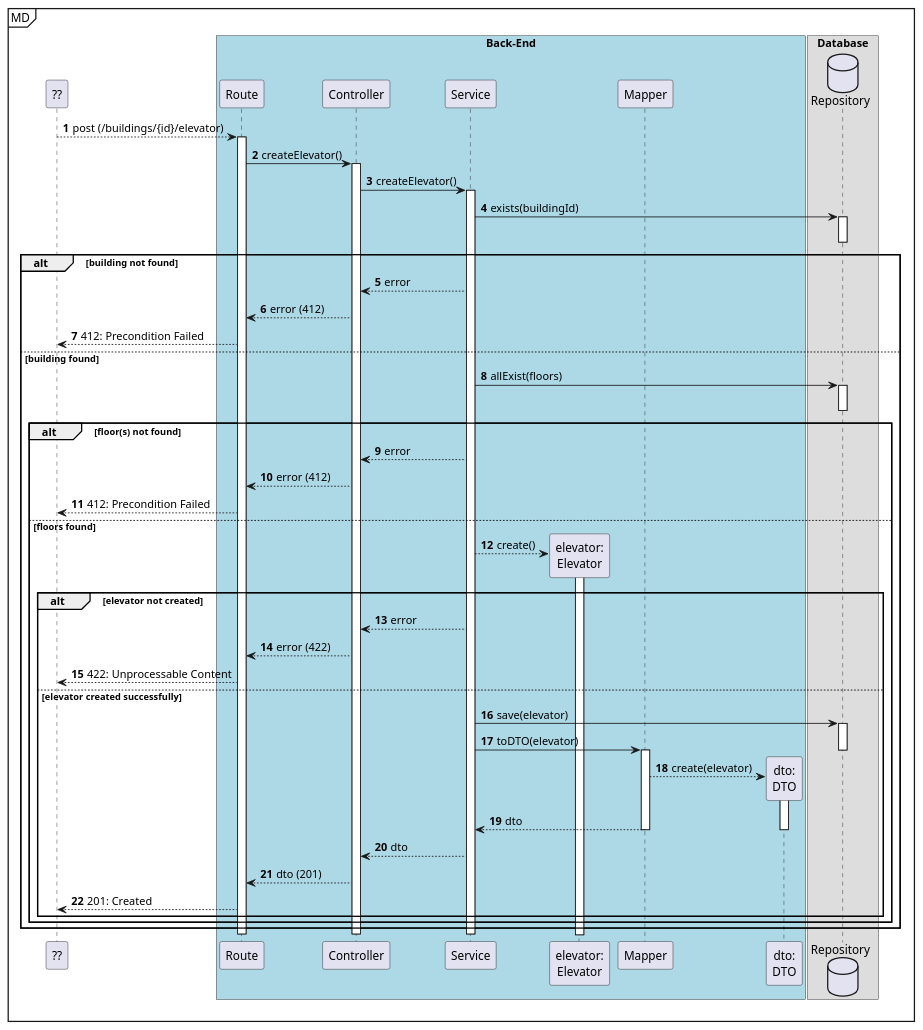
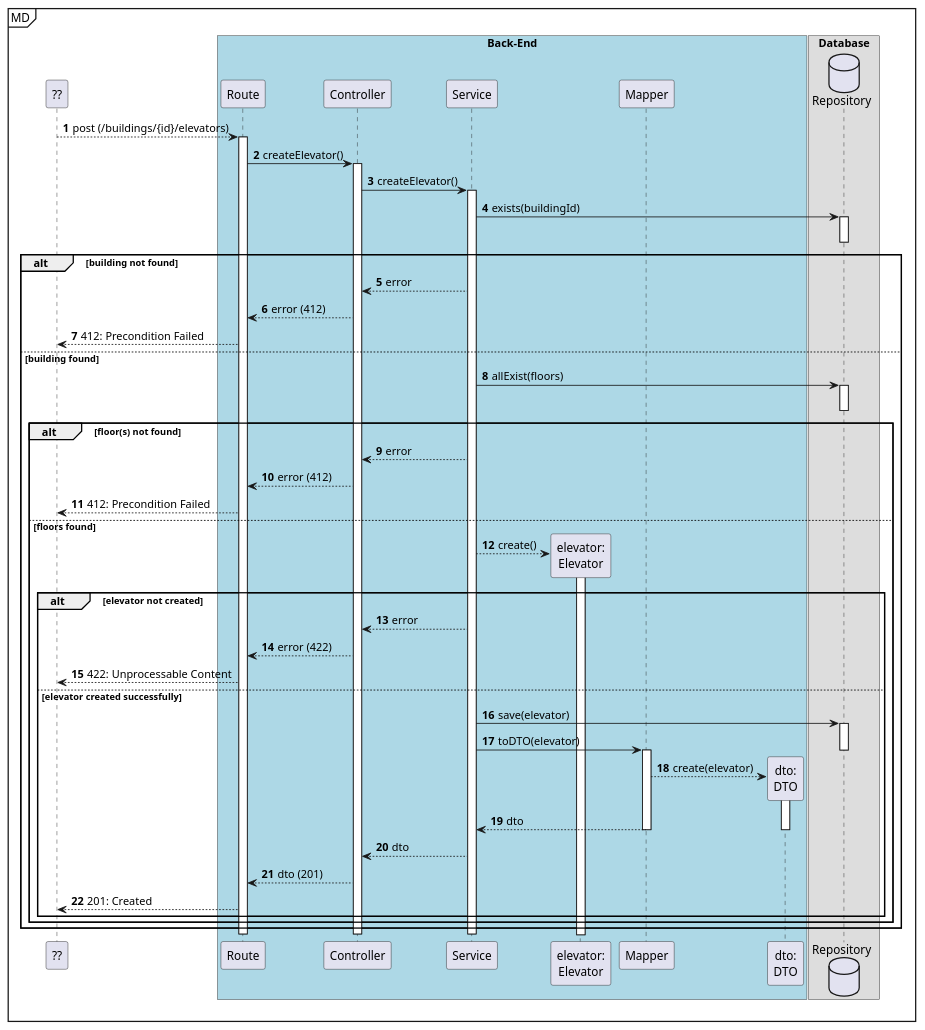
One commit to Departamento-de-Engenharia-Informatica/lapr5-23-24-g19 changed the diagram in docs/us270/level3/process-view.puml. Above: the diagram before and after it, drawn with PlantUML. The commit also changed 5 other files, not shown here.

```diff
--- a/docs/us270/level3/process-view.puml
+++ b/docs/us270/level3/process-view.puml
@@ -1,80 +1,80 @@
 @startuml
 autonumber
 
 participant "??" as ui
 
 mainframe MD
 box "Back-End" #LightBlue
 participant "Route" as r
 participant "Controller" as ctrl
 participant "Service" as svc
 
 participant "elevator:\nElevator" as elevator
 participant "Mapper" as map
 participant "dto:\nDTO" as dto
 end box
 
 box "Database"
 database "Repository" as repo
 end box
 
-ui --> r: post (/buildings/{id}/elevator)
+ui --> r: post (/buildings/{id}/elevators)
     activate r
         r -> ctrl : createElevator()
         activate ctrl
             ctrl -> svc : createElevator()
             activate svc
                 svc -> repo : exists(buildingId)
                 activate repo
                 deactivate repo
 
                 alt building not found
                     svc --> ctrl : error
                     ctrl --> r : error (412)
                     r --> ui : 412: Precondition Failed
                 else building found
                     svc -> repo: allExist(floors)
 
                     activate repo
                     deactivate repo
 
                     alt floor(s) not found
                         svc --> ctrl : error
                         ctrl --> r : error (412)
                         r --> ui : 412: Precondition Failed
                     else floors found
                         svc --> elevator** : create()
 
                         activate elevator
                         deactivate elevator
 
                         alt elevator not created
                             svc --> ctrl : error
                             ctrl --> r : error (422)
                             r --> ui : 422: Unprocessable Content
 
                         else elevator created successfully
                             svc -> repo : save(elevator)
 
                             activate repo
                                 svc -> map : toDTO(elevator)
                             deactivate repo
 
                             activate map
                                 map --> dto** : create(elevator)
                                 activate dto
                                     map --> svc : dto
                                 deactivate dto
                             deactivate map
 
                             svc --> ctrl : dto
                             ctrl --> r : dto (201)
                             r --> ui : 201: Created
                         end
                     end
                 end
             deactivate svc
         deactivate ctrl
     deactivate r
 
 @enduml
```
